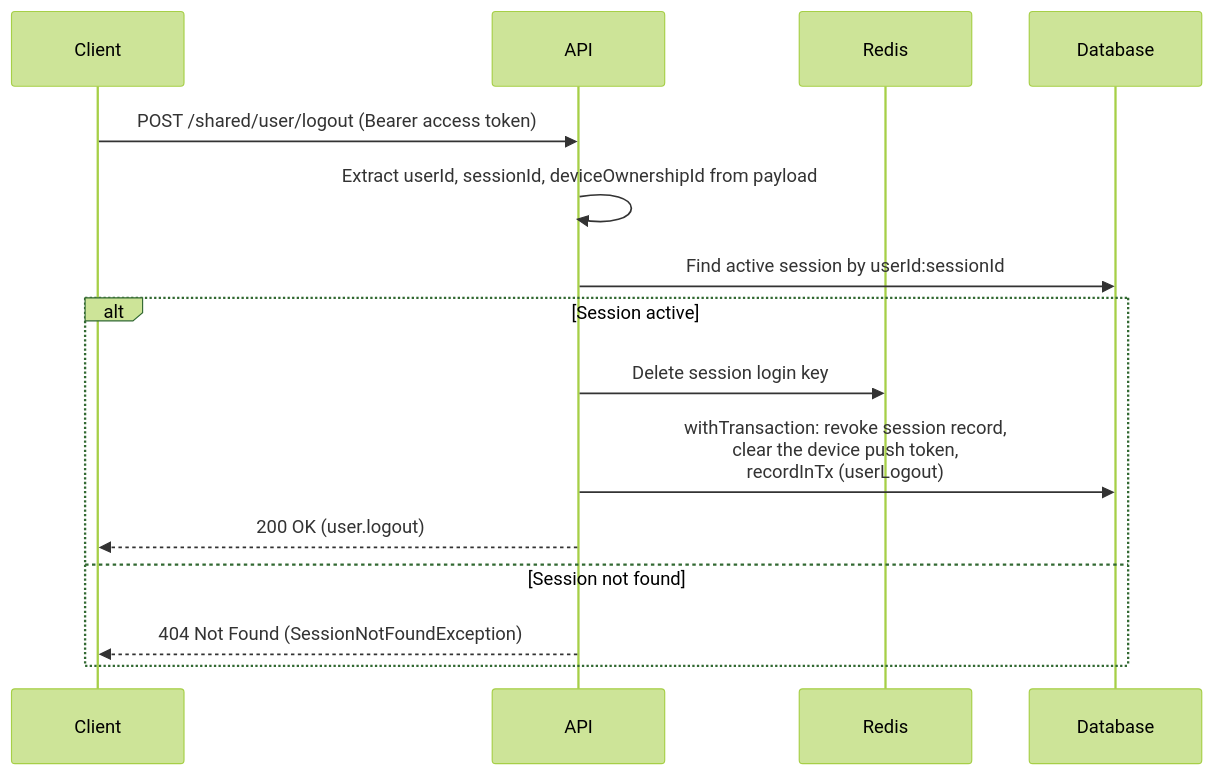
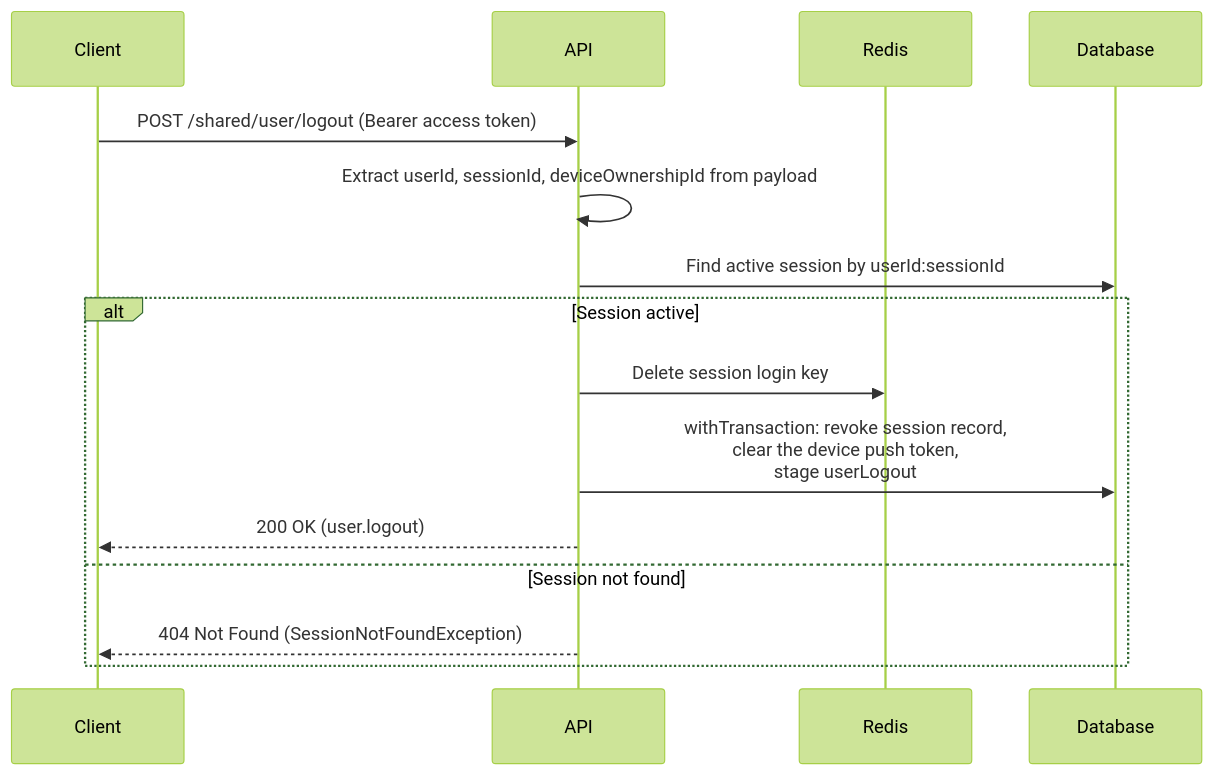
The fourth of 9 diagrams in docs/authentication.md (andrechristikan/ack-nestjs-boilerplate), drawn with Mermaid (forest theme) before and after one commit. The commit also changed other lines of this file and 1013 other files, not shown here.

````diff
--- a/docs/authentication.md
+++ b/docs/authentication.md
@@ -362,18 +363,18 @@
 ```mermaid
 sequenceDiagram
     participant Client
     participant API
     participant Redis
     participant Database
 
     Client->>API: POST /shared/user/logout (Bearer access token)
     API->>API: Extract userId, sessionId, deviceOwnershipId from payload
     API->>Database: Find active session by userId:sessionId
     alt Session active
         API->>Redis: Delete session login key
-        API->>Database: withTransaction: revoke session record,<br/>clear the device push token,<br/>recordInTx (userLogout)
+        API->>Database: withTransaction: revoke session record,<br/>clear the device push token,<br/>stage userLogout
         API-->>Client: 200 OK (user.logout)
     else Session not found
         API-->>Client: 404 Not Found (SessionNotFoundException)
     end
 ```
````
